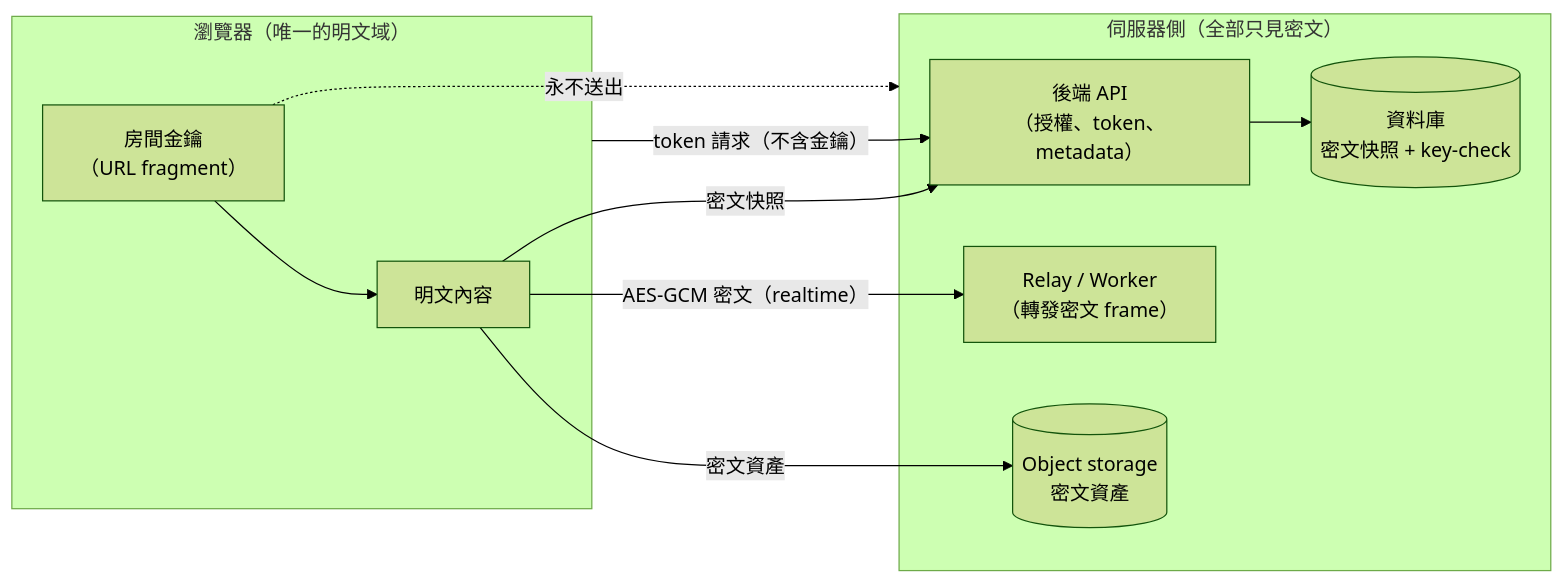
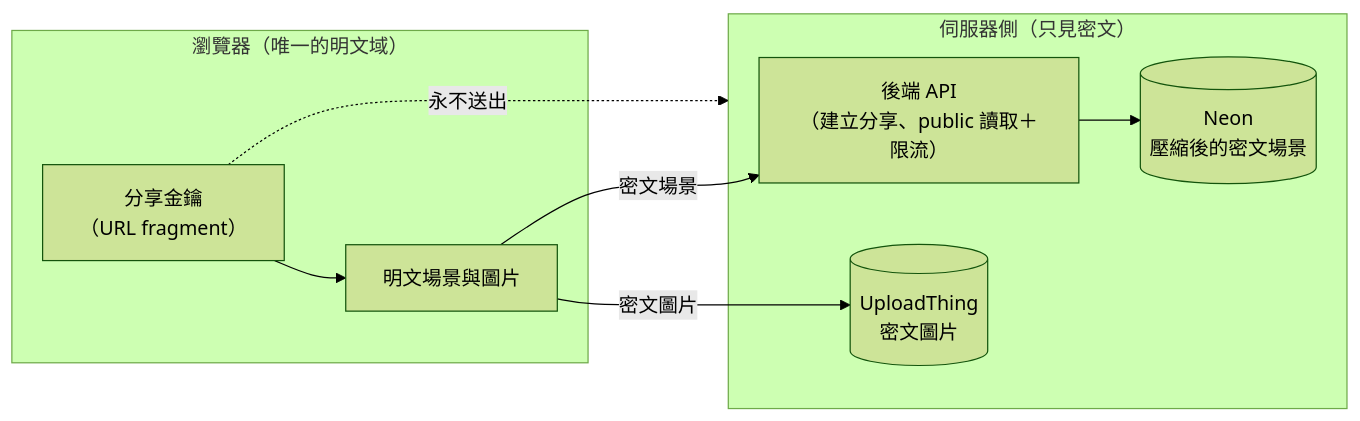
One commit to EricTsai83/drawstuff changed the diagram in docs/system-design/e2ee-key-lifecycle.md. Above: the diagram before and after it, drawn with Mermaid (forest theme). The commit also changed other lines of this file and 48 other files, not shown here.

````diff
--- a/docs/system-design/e2ee-key-lifecycle.md
+++ b/docs/system-design/e2ee-key-lifecycle.md
@@ -28,19 +23,16 @@
 ```mermaid
 flowchart LR
     subgraph B["瀏覽器（唯一的明文域）"]
-        K["房間金鑰<br/>（URL fragment）"]
-        P["明文內容"]
+        K["分享金鑰<br/>（URL fragment）"]
+        P["明文場景與圖片"]
         K --> P
     end
-    subgraph S["伺服器側（全部只見密文）"]
-        API["後端 API<br/>（授權、token、metadata）"]
-        RL["Relay / Worker<br/>（轉發密文 frame）"]
-        DB[("資料庫<br/>密文快照 + key-check")]
-        OS[("Object storage<br/>密文資產")]
+    subgraph S["伺服器側（只見密文）"]
+        API["後端 API<br/>（建立分享、public 讀取＋限流）"]
+        DB[("Neon<br/>壓縮後的密文場景")]
+        OS[("UploadThing<br/>密文圖片")]
     end
-    P -->|"AES-GCM 密文（realtime）"| RL
-    P -->|"密文快照"| API --> DB
-    P -->|"密文資產"| OS
-    B -->|"token 請求（不含金鑰）"| API
+    P -->|"密文場景"| API --> DB
+    P -->|"密文圖片"| OS
     K -.->|"永不送出"| S
 ```
````
